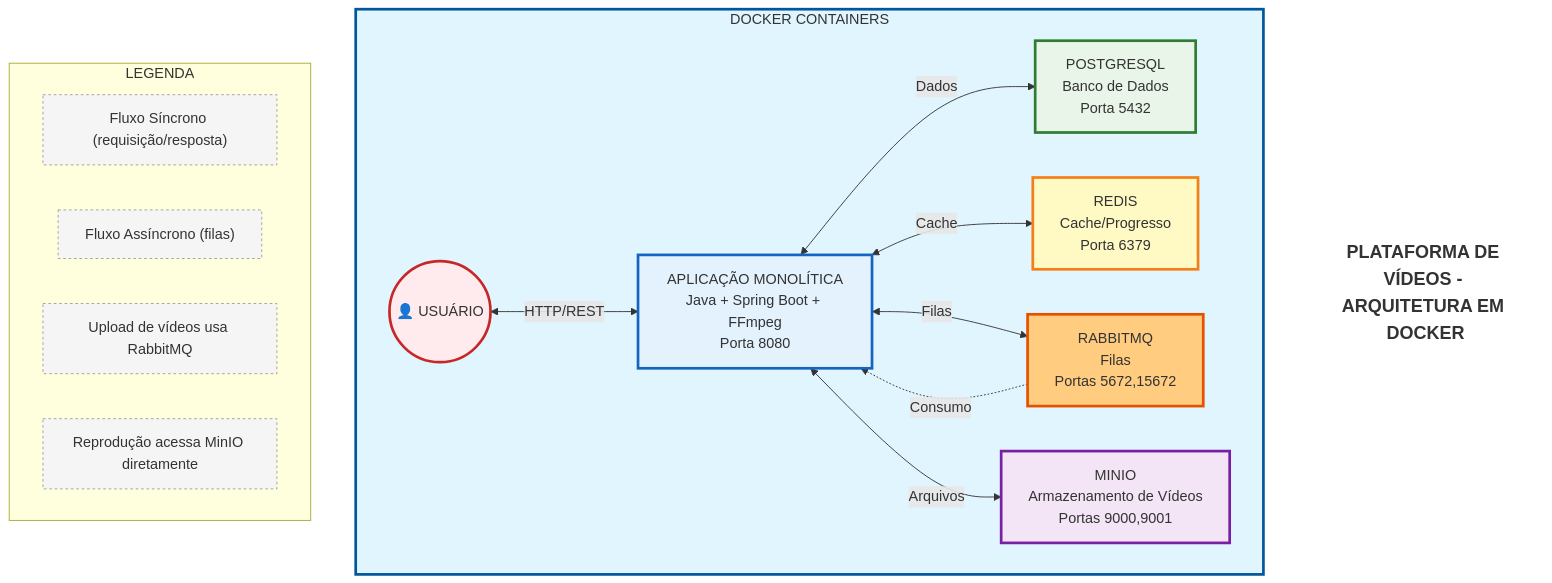
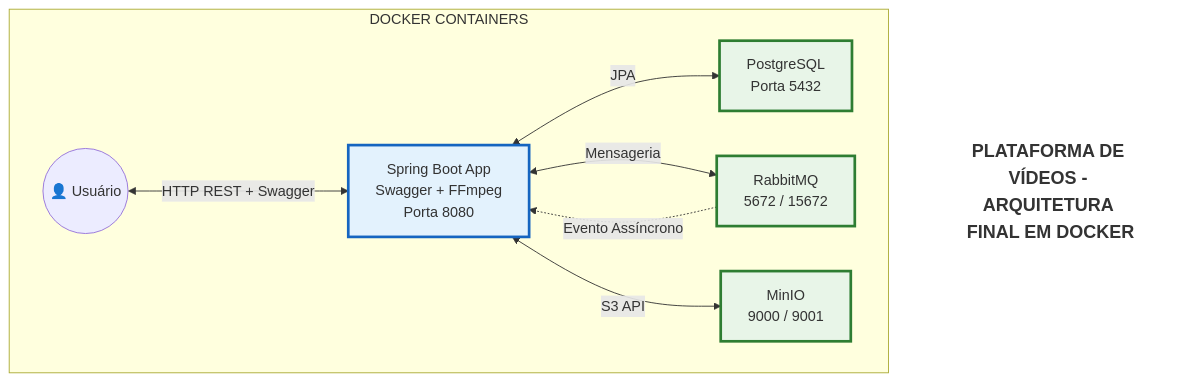
Before and after one commit to LuisNunes301/Video-Streaming-Platform: the fifth of 5 diagrams in README.md, drawn with Mermaid. The commit also changed other lines of this file and 9 other files, not shown here.

````diff
--- a/README.md
+++ b/README.md
@@ -216,56 +193,33 @@
 ```mermaid
 graph TB
-    title["PLATAFORMA DE VÍDEOS - ARQUITETURA EM DOCKER"]
+    title["PLATAFORMA DE VÍDEOS - ARQUITETURA FINAL EM DOCKER"]
     style title fill:#fff,stroke:none,font-family:Arial,font-size:20px,font-weight:bold
 
-    User(("👤 USUÁRIO"))
-    
+    User(("👤 Usuário"))
+
     subgraph Docker["DOCKER CONTAINERS"]
-        
-        App["APLICAÇÃO MONOLÍTICA<br/>Java + Spring Boot + FFmpeg<br/>Porta 8080"]
-        
-        DB["POSTGRESQL<br/>Banco de Dados<br/>Porta 5432"]
-        
-        Cache["REDIS<br/>Cache/Progresso<br/>Porta 6379"]
-        
-        Queue["RABBITMQ<br/>Filas<br/>Portas 5672,15672"]
-        
-        Storage["MINIO<br/>Armazenamento de Vídeos<br/>Portas 9000,9001"]
-        
-        %% Conexões principais
-        User <-->|HTTP/REST| App
-        App <-->|Dados| DB
-        App <-->|Cache| Cache
-        App <-->|Filas| Queue
-        App <-->|Arquivos| Storage
-        
-        %% Conexões internas
-        Queue -.->|Consumo| App
+
+        App["Spring Boot App<br/>Swagger + FFmpeg<br/>Porta 8080"]
+
+        DB["PostgreSQL<br/>Porta 5432"]
+
+        Queue["RabbitMQ<br/>5672 / 15672"]
+
+        Storage["MinIO<br/>9000 / 9001"]
+
+        User <-->|HTTP REST + Swagger| App
+        App <-->|JPA| DB
+        App <-->|Mensageria| Queue
+        App <-->|S3 API| Storage
+        Queue -.->|Evento Assíncrono| App
     end
-    
-    %% Legendas
-    subgraph Legenda["LEGENDA"]
-        L1[" Fluxo Síncrono (requisição/resposta)"]
-        L2["Fluxo Assíncrono (filas)"]
-        L3["Upload de vídeos usa RabbitMQ"]
-        L4["Reprodução acessa MinIO diretamente"]
-    end
-    
-    classDef user fill:#ffebee,stroke:#c62828,stroke-width:3px
-    classDef docker fill:#e1f5fe,stroke:#01579b,stroke-width:3px
+
     classDef app fill:#e3f2fd,stroke:#1565c0,stroke-width:3px
-    classDef db fill:#e8f5e8,stroke:#2e7d32,stroke-width:3px
-    classDef cache fill:#fff9c4,stroke:#f57f17,stroke-width:3px
-    classDef queue fill:#ffcc80,stroke:#e65100,stroke-width:3px
-    classDef storage fill:#f3e5f5,stroke:#7b1fa2,stroke-width:3px
-    classDef legenda fill:#f5f5f5,stroke:#9e9e9e,stroke-width:1px,stroke-dasharray: 3 3
-    
-    class User user
-    class Docker docker
+    classDef infra fill:#e8f5e8,stroke:#2e7d32,stroke-width:3px
+    classDef externo fill:#fff3e0,stroke:#e65100,stroke-width:3px
+
     class App app
-    class DB db
-    class Cache cache
-    class Queue queue
-    class Storage storage
-    class L1,L2,L3,L4 legenda
+    class DB,Queue,Storage infra
+
+
 ```
````
